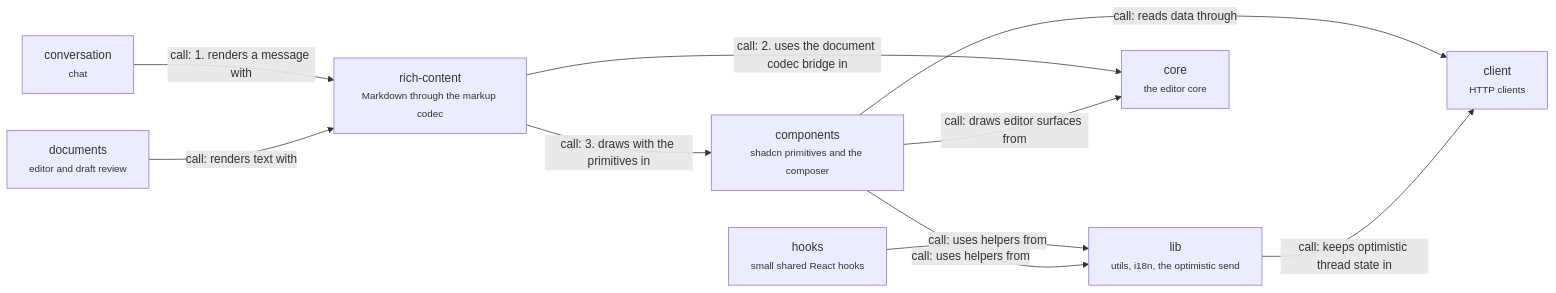
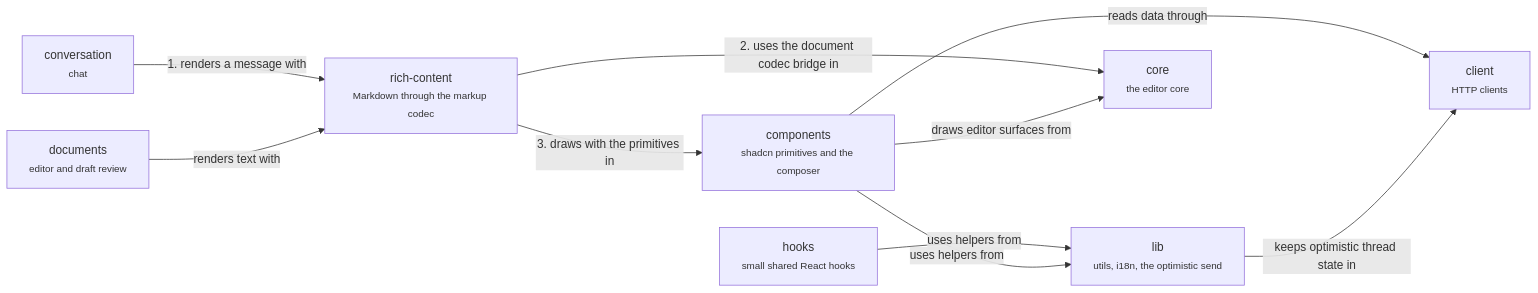
The diagram in .context/system-architecture/app-shared.md (haowjy/meridian-flow), drawn with Mermaid before and after one commit. The commit also changed 13 other files, not shown here.

````diff
--- a/.context/system-architecture/app-shared.md
+++ b/.context/system-architecture/app-shared.md
@@ -5,20 +5,20 @@
 ```mermaid
 flowchart LR
   components["components<br/><small>shadcn primitives and the composer</small>"]:::module
   hooks["hooks<br/><small>small shared React hooks</small>"]:::module
   lib["lib<br/><small>utils, i18n, the optimistic send</small>"]:::module
   rich-content["rich-content<br/><small>Markdown through the markup codec</small>"]:::module
   conversation["conversation<br/><small>chat</small>"]:::context
   documents["documents<br/><small>editor and draft review</small>"]:::context
   core["core<br/><small>the editor core</small>"]:::context
   client["client<br/><small>HTTP clients</small>"]:::context
-  conversation -->|"call: 1. renders a message with"| rich-content
-  rich-content -->|"call: 2. uses the document codec bridge in"| core
-  rich-content -->|"call: 3. draws with the primitives in"| components
-  components -->|"call: reads data through"| client
-  components -->|"call: draws editor surfaces from"| core
-  hooks -->|"call: uses helpers from"| lib
-  lib -->|"call: keeps optimistic thread state in"| client
-  documents -->|"call: renders text with"| rich-content
-  components -->|"call: uses helpers from"| lib
+  conversation -->|"1. renders a message with"| rich-content
+  rich-content -->|"2. uses the document codec bridge in"| core
+  rich-content -->|"3. draws with the primitives in"| components
+  components -->|"reads data through"| client
+  components -->|"draws editor surfaces from"| core
+  hooks -->|"uses helpers from"| lib
+  lib -->|"keeps optimistic thread state in"| client
+  documents -->|"renders text with"| rich-content
+  components -->|"uses helpers from"| lib
 ```
````
